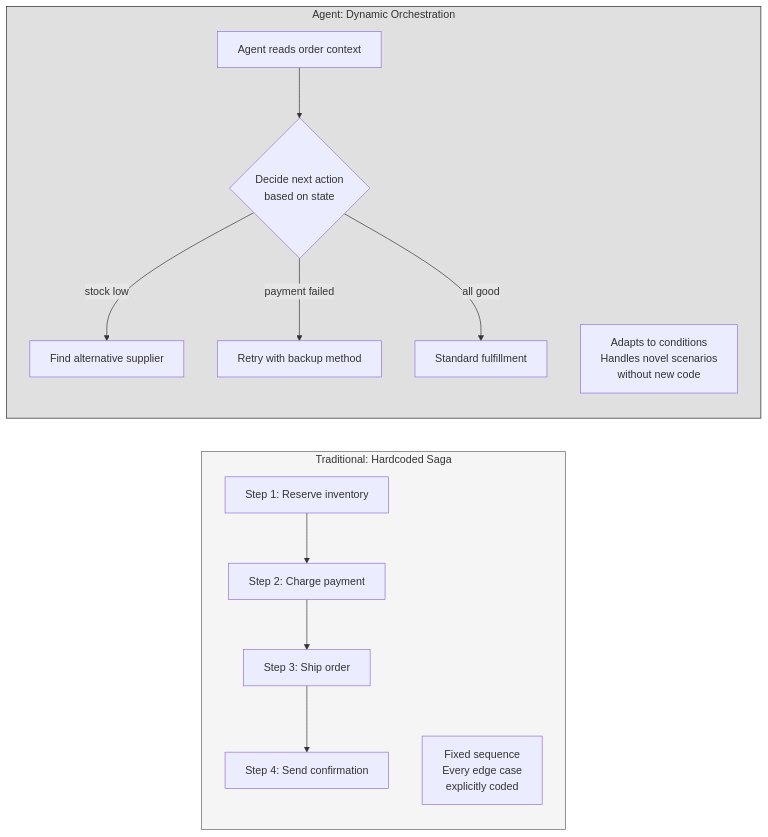
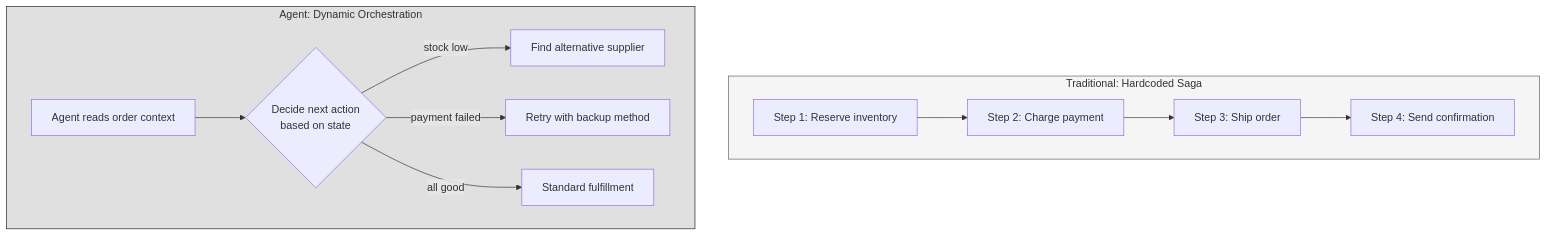
The second of 6 diagrams in docs/posts/04-agents-in-microservices.md (Shekharrajak/agent-design-patterns), drawn with Mermaid before and after one commit. The commit also changed other lines of this file and 7 other files, not shown here.

Commit message:
fix: resolve Mermaid rendering issues across all chapters

````diff
--- a/docs/posts/04-agents-in-microservices.md
+++ b/docs/posts/04-agents-in-microservices.md
@@ -42,23 +42,16 @@
 ```mermaid
-graph LR
+graph TD
     subgraph TRAD["Traditional: Hardcoded Saga"]
-        direction TB
-        T1["Step 1: Reserve inventory"] --> T2["Step 2: Charge payment"]
-        T2 --> T3["Step 3: Ship order"]
-        T3 --> T4["Step 4: Send confirmation"]
-        T_NOTE["Fixed sequence<br/>Every edge case<br/>explicitly coded"]
+        T1["Step 1: Reserve inventory"] --> T2["Step 2: Charge payment"] --> T3["Step 3: Ship order"] --> T4["Step 4: Send confirmation"]
     end
 
     subgraph AGENT["Agent: Dynamic Orchestration"]
-        direction TB
-        A1["Agent reads order context"]
-        A1 --> A2{"Decide next action<br/>based on state"}
+        A1["Agent reads order context"] --> A2{"Decide next action<br/>based on state"}
         A2 -->|"stock low"| A3["Find alternative supplier"]
         A2 -->|"payment failed"| A4["Retry with backup method"]
         A2 -->|"all good"| A5["Standard fulfillment"]
-        A_NOTE["Adapts to conditions<br/>Handles novel scenarios<br/>without new code"]
     end
 
     style TRAD fill:#f5f5f5,stroke:#616161
     style AGENT fill:#e0e0e0,stroke:#212121
 ```
````
